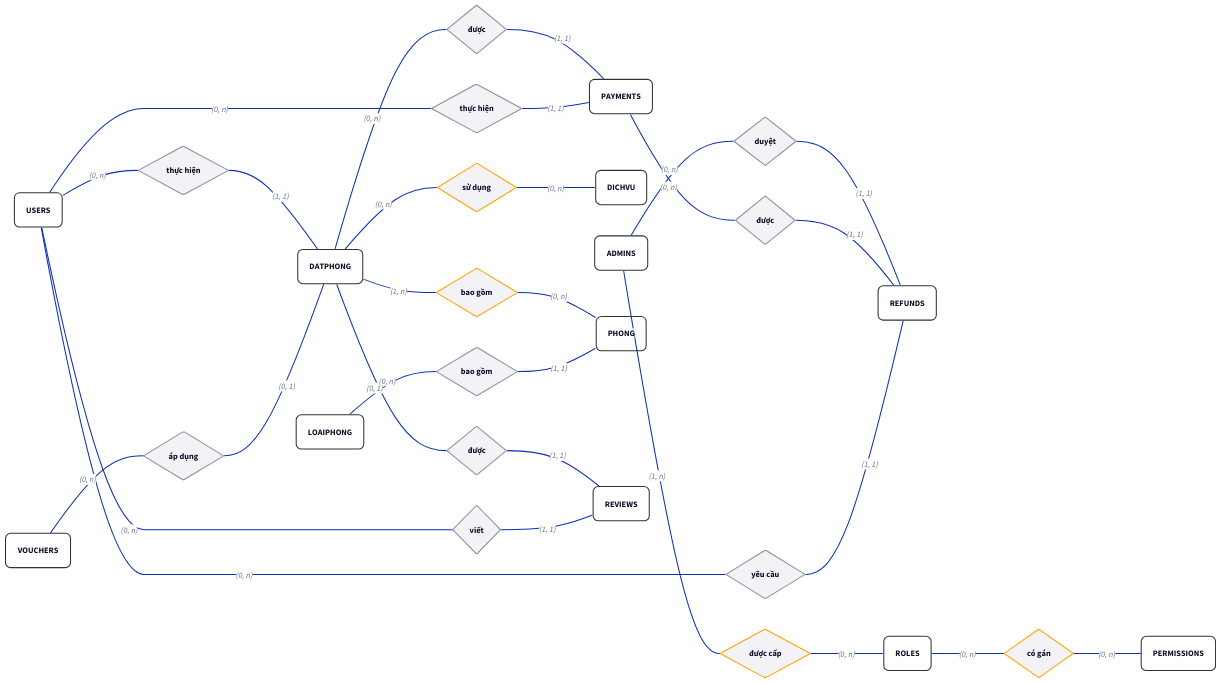
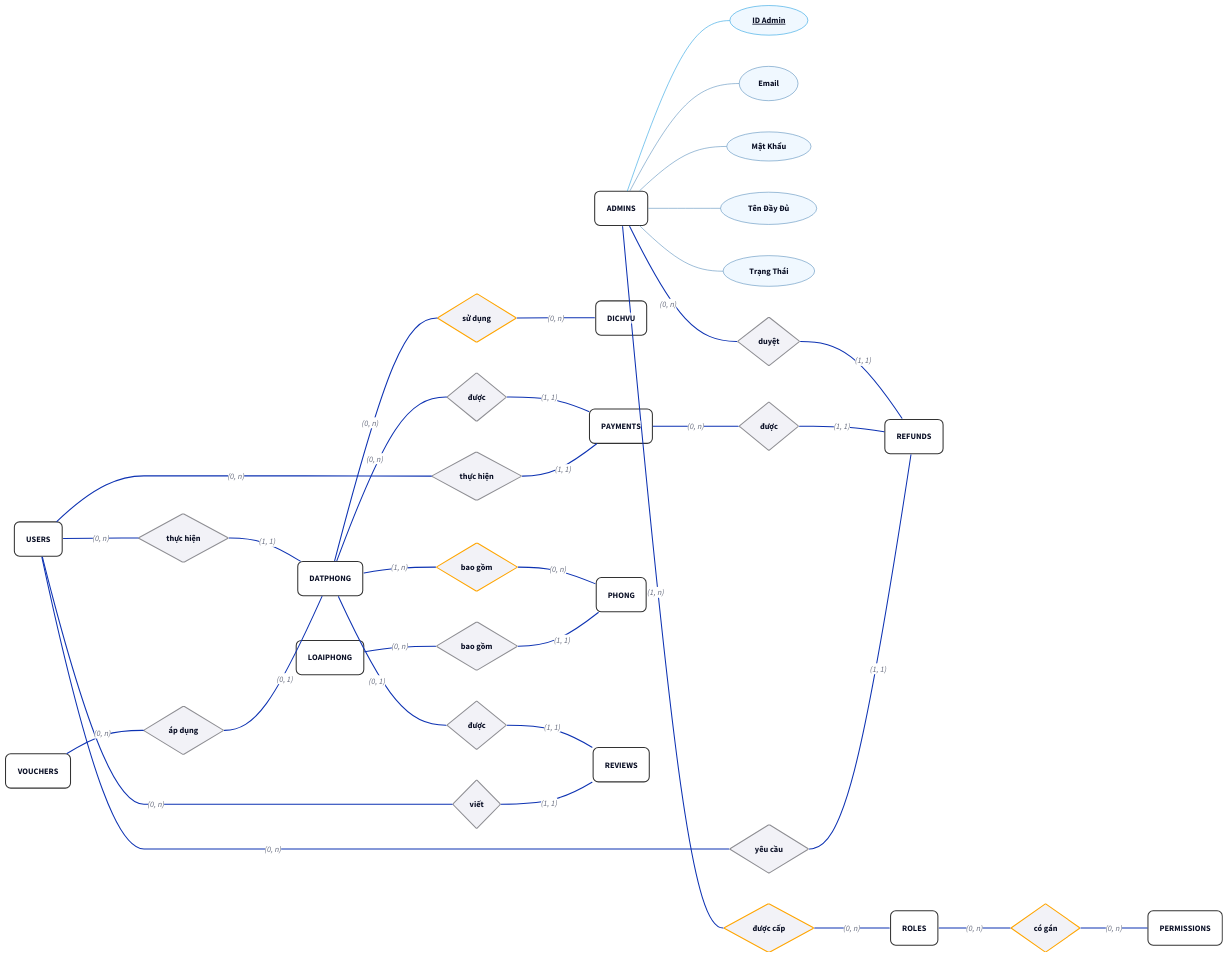
One commit to sam-uit/ie103-project-report changed the diagram in baocao/content/diagrams/ch02-concept-erd-full-attr.d2. Above: the diagram before and after it, drawn with D2. The commit also changed 1 other file, not shown here.

```diff
--- a/baocao/content/diagrams/ch02-concept-erd-full-attr.d2
+++ b/baocao/content/diagrams/ch02-concept-erd-full-attr.d2
@@ -1,152 +1,168 @@
 # Chuyển đổi dạng ngang-dọc
 direction: right
 
 # --- 0. STYLES ---
 style: {
   opacity: 0.0
   fill: transparent
 }
 
 # --- 1. SETTINGS ---
 classes: {
   entity: {
     shape: rectangle
     style: {border-radius: 10; fill: "#FFFFFF"; stroke: "#333333"}
   }
   rel: {
     shape: diamond
     style: {fill: "#F2F2F7"; stroke: "#8E8E93"}
   }
   attr: {
     shape: oval
     style: {fill: "#F0F8FF"; stroke: "#4682B4"; stroke-width: 1}
   }
   attr_pri: {
     shape: oval
     style: {
       fill: "#F0F8FF"
       stroke: "#0d95de"
       stroke-width: 1
       underline: true
     }
   }
 }
 
 # --- 2. ENTITIES ---
 ADMINS: {class: entity; label: "ADMINS"}
+admin_id: {class: attr_pri; label: "ID Admin"}
+admin_email: {class: attr; label: "Email"}
+admin_password: {class: attr; label: "Mật Khẩu"}
+admin_full_name: {class: attr; label: "Tên Đầy Đủ"}
+admin_status: {class: attr; label: "Trạng Thái"}
+# admin_created_at: {class: attr; label: "created_at"; width: 110}
+# admin_updated_at: {class: attr; label: "updated_at"; width: 110}
+
+ADMINS -- admin_id {style: {stroke: "#0d95de"; stroke-width: 1}}
+ADMINS -- admin_email {style: {stroke: "#4682B4"; stroke-width: 1}}
+ADMINS -- admin_password {style: {stroke: "#4682B4"; stroke-width: 1}}
+ADMINS -- admin_full_name {style: {stroke: "#4682B4"; stroke-width: 1}}
+ADMINS -- admin_status {style: {stroke: "#4682B4"; stroke-width: 1}}
+# ADMINS -- admin_created_at
+# ADMINS -- admin_updated_at
+
 DATPHONG: {class: entity; label: "DATPHONG"}
 DICHVU: {class: entity; label: "DICHVU"}
 LOAIPHONG: {class: entity; label: "LOAIPHONG"}
 PAYMENTS: {class: entity; label: "PAYMENTS"}
 PERMISSIONS: {class: entity; label: "PERMISSIONS"}
 PHONG: {class: entity; label: "PHONG"}
 REFUNDS: {class: entity; label: "REFUNDS"}
 REVIEWS: {class: entity; label: "REVIEWS"}
 ROLES: {class: entity; label: "ROLES"}
 USERS: {class: entity; label: "USERS"}
 VOUCHERS: {class: entity; label: "VOUCHERS"}
 
 # --- 3. RELATIONSHIPS ---
 # ngôn ngữ "tự nhiên"
 
 # ADMINS -> REFUNDS: duyệt (1-n)
 # Admins có thể duyệt tối thiểu 0 và tối đa n lần hoàn tiền.
 # Một hoàn tiền có và chỉ có 1 admin duyệt.
 admins_refunds: {class: rel; label: "duyệt"}
 ADMINS -- admins_refunds: (0, n)
 admins_refunds -- REFUNDS: (1, 1)
 
 # ADMINS -> ROLES: được cấp (n-n)
 # n - n: viền cam
 # Một admin phải có tối thiểu 1 và tối đa n role được gán.
 # Một role có tối thiểu 0 và tối đa n admin được gán.
 admins_roles: {class: rel; label: "được cấp"; style: {stroke: orange}}
 ADMINS -- admins_roles: (1, n)
 admins_roles -- ROLES: (0, n)
 
 # DATPHONG -> DICHVU: sử dụng (n-n)
 # Một đơn đặt phòng có thể có tối thiểu 0 và tối đa n dịch vụ đi kèm.
 # Một dịch vụ đi kèm có thể được sử dụng tối thiểu 0 và tối đa n đơn đặt phòng.
 datphong_dichvu: {class: rel; label: "sử dụng"; style: {stroke: orange}}
 DATPHONG -- datphong_dichvu: (0, n)
 datphong_dichvu -- DICHVU: (0, n)
 
 # DATPHONG -> PAYMENTS: được (1-n)
 # Một đơn đặt phòng có tối thiểu 0 và tối đa n thanh toán.
 # Một thanh toán có và chỉ có 1 đơn đặt phòng.
 datphong_payments: {class: rel; label: "được"}
 DATPHONG -- datphong_payments: (0, n)
 datphong_payments -- PAYMENTS: (1, 1)
 
 # DATPHONG -> PHONG: bao gồm (1-n)
 # Một đơn đặt phòng có tối thiểu 1 và tối đa n phòng.
 # Một phòng có tối thiểu 0 và tối đa n đơn đặt phòng.
 datphong_phong: {class: rel; label: "bao gồm"; style: {stroke: orange}}
 DATPHONG -- datphong_phong: (1, n)
 datphong_phong -- PHONG: (0, n)
 
 # DATPHONG -> REVIEWS: được (1-1)
 # Một đơn đặt phòng có tối thiểu 0 và tối đa 1 đánh giá.
 # Một đánh giá thuộc và chỉ thuộc 1 đơn đặt phòng.
 datphong_reviews: {class: rel; label: "được"}
 DATPHONG -- datphong_reviews: (0, 1)
 datphong_reviews -- REVIEWS: (1, 1)
 
 # LOAIPHONG <- PHONG: thuộc
 # Một loại phòng có tối thiểu 0 và tối đa n phòng.
 # Một phòng thuộc và chỉ thuộc 1 loại phòng.
 loaiphong_phong: {class: rel; label: "bao gồm"}
 LOAIPHONG -- loaiphong_phong: (0, n)
 loaiphong_phong -- PHONG: (1, 1)
 
 # PAYMENTS -> REFUNDS: được
 # Một thanh toán có tối thiểu 0 và tối đa n hoàn tiền.
 # Một hoàn tiền được và chỉ được tạo từ 1 thanh toán.
 payments_refunds: {class: rel; label: "được"}
 PAYMENTS -- payments_refunds: (0, n)
 payments_refunds -- REFUNDS: (1, 1)
 
 # ROLES -> PERMISSIONS: có gán (n-n)
 # Một vai trò có tối thiểu 0 và tối đa n quyền hạn.
 # Một quyền hạn có tối thiểu 0 và tối đa n vai trò.
 roles_permissions: {class: rel; label: "có gán"; style: {stroke: orange}}
 ROLES -- roles_permissions: (0, n)
 roles_permissions -- PERMISSIONS: (0, n)
 
 # USERS -> DATPHONG: thực hiện (1-n)
 # Một user có tối thiểu 0, và tối đa n đặt phòng
 # Một đặt phòng có và chỉ có 1 user
 users_datphong: {class: rel; label: "thực hiện"}
 USERS -- users_datphong: (0, n)
 users_datphong -- DATPHONG: (1, 1)
 
 # USERS -> PAYMENTS: thực hiện (1-n)
 # Một user có tối thiểu 0, và tối đa n thanh toán.
 # Một thanh toán có và chỉ có 1 user
 users_payment: {class: rel; label: "thực hiện"}
 USERS -- users_payment: (0, n)
 users_payment -- PAYMENTS: (1, 1)
 
 # USERS -> REFUNDS: yêu cầu (1-n)
 # Một user có tối thiểu 0, và tối đa n yêu cầu hoàn tiền.
 # Một yêu cầu hoàn tiền có và chỉ có 1 user.
 users_refunds: {class: rel; label: "yêu cầu"}
 USERS -- users_refunds: (0, n)
 users_refunds -- REFUNDS: (1, 1)
 
 # USERS -> REVIEWS: viết (1-n)
 # Một user có tối thiểu 0, và tối đa n đánh giá.
 # Một đánh giá có tối thiểu 1 tối đa 1 user.
 users_reviews: {class: rel; label: "viết"}
 USERS -- users_reviews: (0, n)
 users_reviews -- REVIEWS: (1, 1)
 
 # VOUCHERS -> DATPHONG: áp dụng (1-n)
 # Một mã giảm giá có tối thiểu 0, và tối đa n đơn đặt phòng.
 # Một đơn đặt phòng có tối thiểu 0, và tối đa 1 mã giảm giá áp dụng.
 vouchers_datphong: {class: rel; label: "áp dụng"}
 VOUCHERS -- vouchers_datphong: (0, n)
 vouchers_datphong -- DATPHONG: (0, 1)
 
 # 4. Bảng Số
 # Tách riêng cho dễ cập nhật và quản lý.
```
